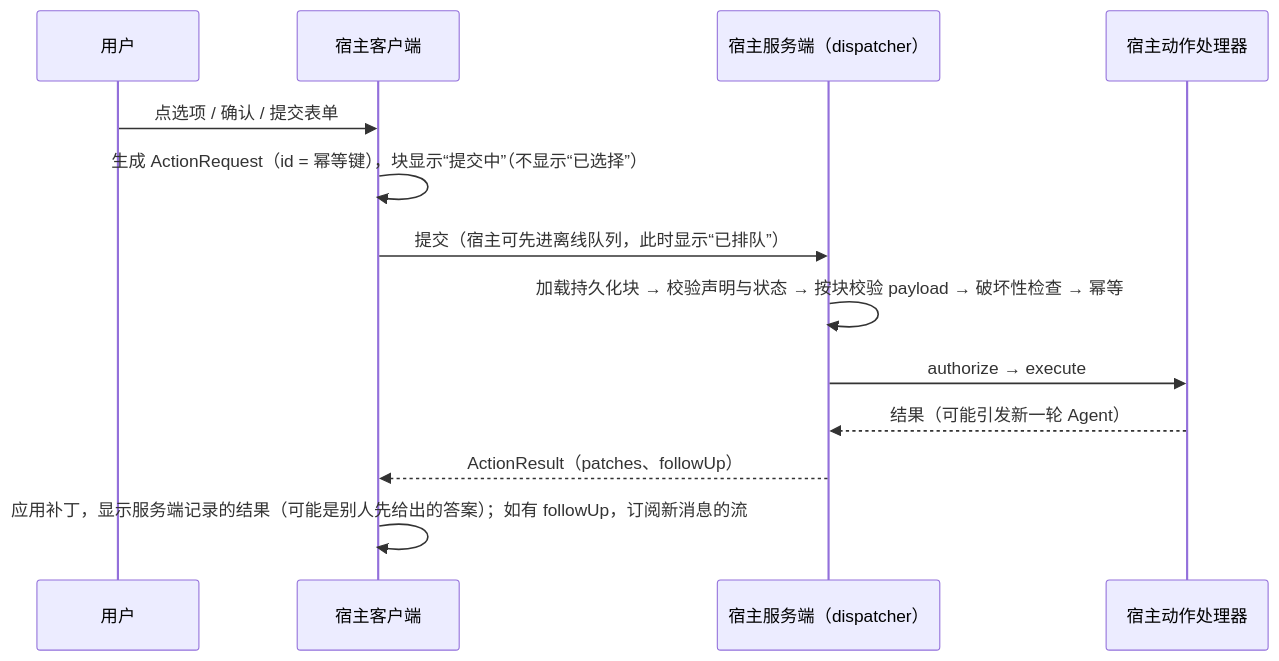
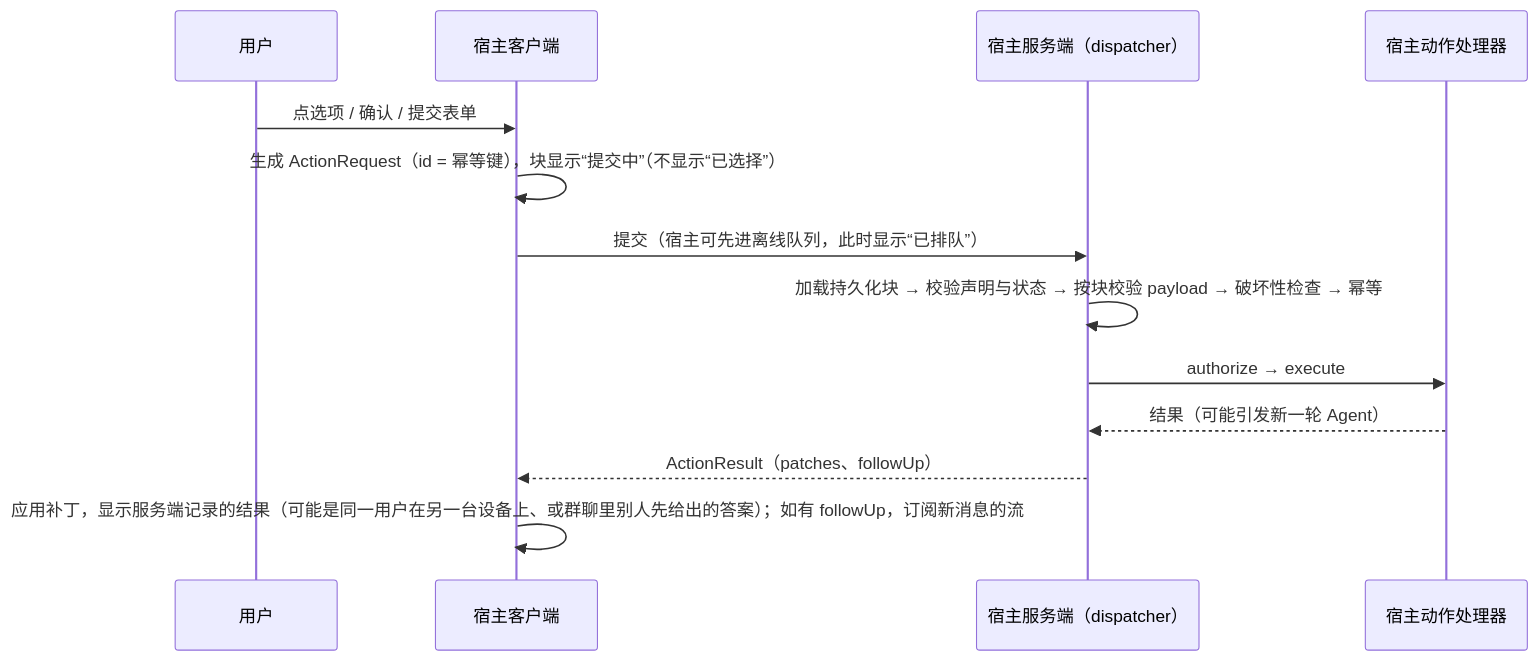
The third of 3 diagrams in docs/architecture.md (zz-howard/chatweave), drawn with Mermaid before and after one commit. The commit also changed other lines of this file and 13 other files, not shown here.

````diff
--- a/docs/architecture.md
+++ b/docs/architecture.md
@@ -203,15 +219,15 @@
 ```mermaid
 sequenceDiagram
   participant U as 用户
   participant App as 宿主客户端
   participant API as 宿主服务端（dispatcher）
   participant H as 宿主动作处理器
   U->>App: 点选项 / 确认 / 提交表单
   App->>App: 生成 ActionRequest（id = 幂等键），块显示“提交中”（不显示“已选择”）
   App->>API: 提交（宿主可先进离线队列，此时显示“已排队”）
   API->>API: 加载持久化块 → 校验声明与状态 → 按块校验 payload → 破坏性检查 → 幂等
   API->>H: authorize → execute
   H-->>API: 结果（可能引发新一轮 Agent）
   API-->>App: ActionResult（patches、followUp）
-  App->>App: 应用补丁，显示服务端记录的结果（可能是别人先给出的答案）；如有 followUp，订阅新消息的流
+  App->>App: 应用补丁，显示服务端记录的结果（可能是同一用户在另一台设备上、或群聊里别人先给出的答案）；如有 followUp，订阅新消息的流
 ```
````
